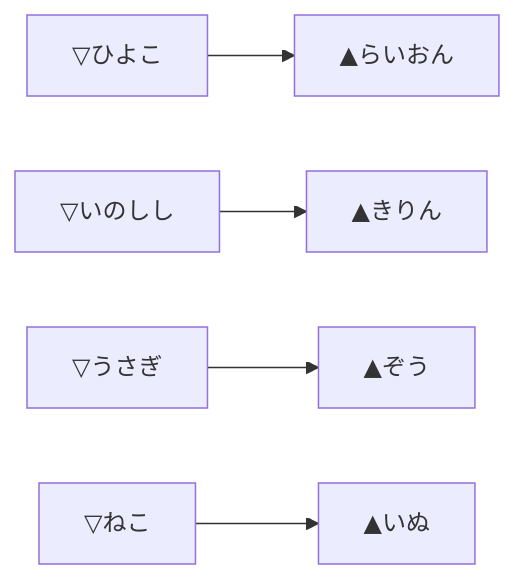
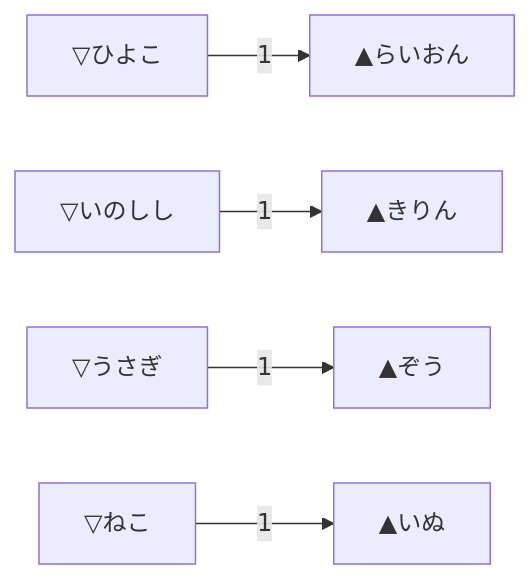
Before and after one commit to muzudho/ShogiTournamentSystemAnalyzer: the first of 3 diagrams in docs/むずでょの案/【大会ルール案】格付けグラフ戦_4.md, drawn with Mermaid. The commit also changed other lines of this file, not shown here.

Commit message:
wip: 素晴らしい図

````diff
--- a/docs/むずでょの案/【大会ルール案】格付けグラフ戦_4.md
+++ b/docs/むずでょの案/【大会ルール案】格付けグラフ戦_4.md
@@ -107,7 +111,7 @@
 ```mermaid
 flowchart LR
-    h1["▽ひよこ"] --> l1["▲らいおん"]
-    b1["▽いのしし"] --> g1["▲きりん"]
-    r1["▽うさぎ"] --> e1["▲ぞう"]
-    c1["▽ねこ"] --> d1["▲いぬ"]
+    zHiyoko["▽ひよこ"] -->|1| aLion["▲らいおん"]
+    zInoshishi["▽いのしし"] -->|1| aKirin["▲きりん"]
+    zUsagi["▽うさぎ"] -->|1| aZou["▲ぞう"]
+    zNeko["▽ねこ"] -->|1| aInu["▲いぬ"]
 ```
````
